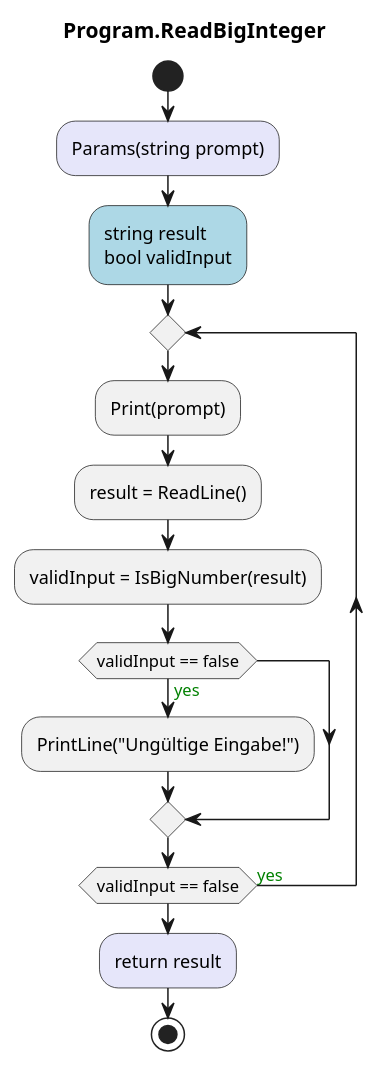
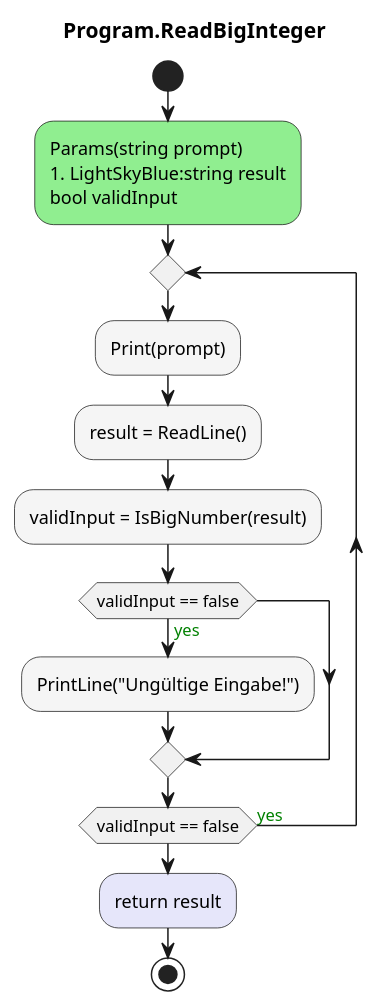
One commit to leoggehrer/2324-34_ABIF_ACIF_POSE changed the diagram in AddBigInteger.ConApp/diagrams/ac_Program_ReadBigInteger.puml. Above: the diagram before and after it, drawn with PlantUML. The commit also changed 17 other files, not shown here.

```diff
--- a/AddBigInteger.ConApp/diagrams/ac_Program_ReadBigInteger.puml
+++ b/AddBigInteger.ConApp/diagrams/ac_Program_ReadBigInteger.puml
@@ -1,17 +1,17 @@
 @startuml Program.ReadBigInteger
 title Program.ReadBigInteger
 start
-#Lavender:Params(string prompt);
-#LightBlue:string result
+#LightGreen:Params(string prompt)
+#LightSkyBlue:string result
 bool validInput;
 repeat
-    :Print(prompt);
-    :result = ReadLine();
-    :validInput = IsBigNumber(result);
+    #WhiteSmoke:Print(prompt);
+    #WhiteSmoke:result = ReadLine();
+    #WhiteSmoke:validInput = IsBigNumber(result);
     if (validInput == false) then (<color:green>yes)
-        :PrintLine("Ungültige Eingabe!");
+        #WhiteSmoke:PrintLine("Ungültige Eingabe!");
     endif
 repeat while (validInput == false) is (<color:green>yes)
 #Lavender:return result;
 stop
 @enduml
```
